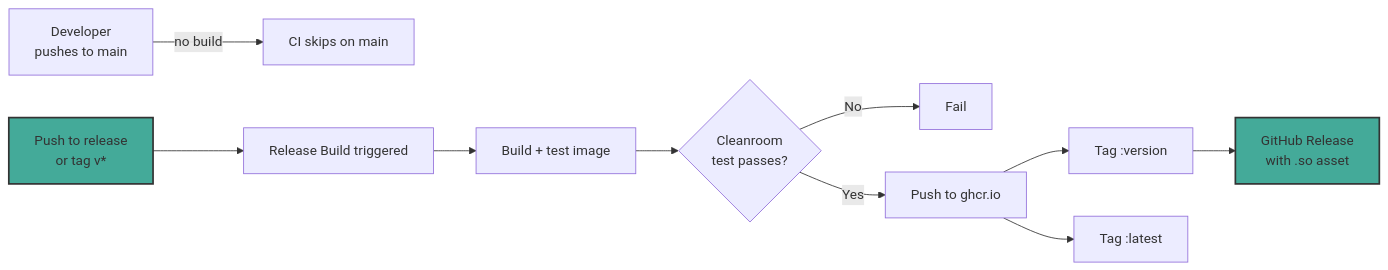
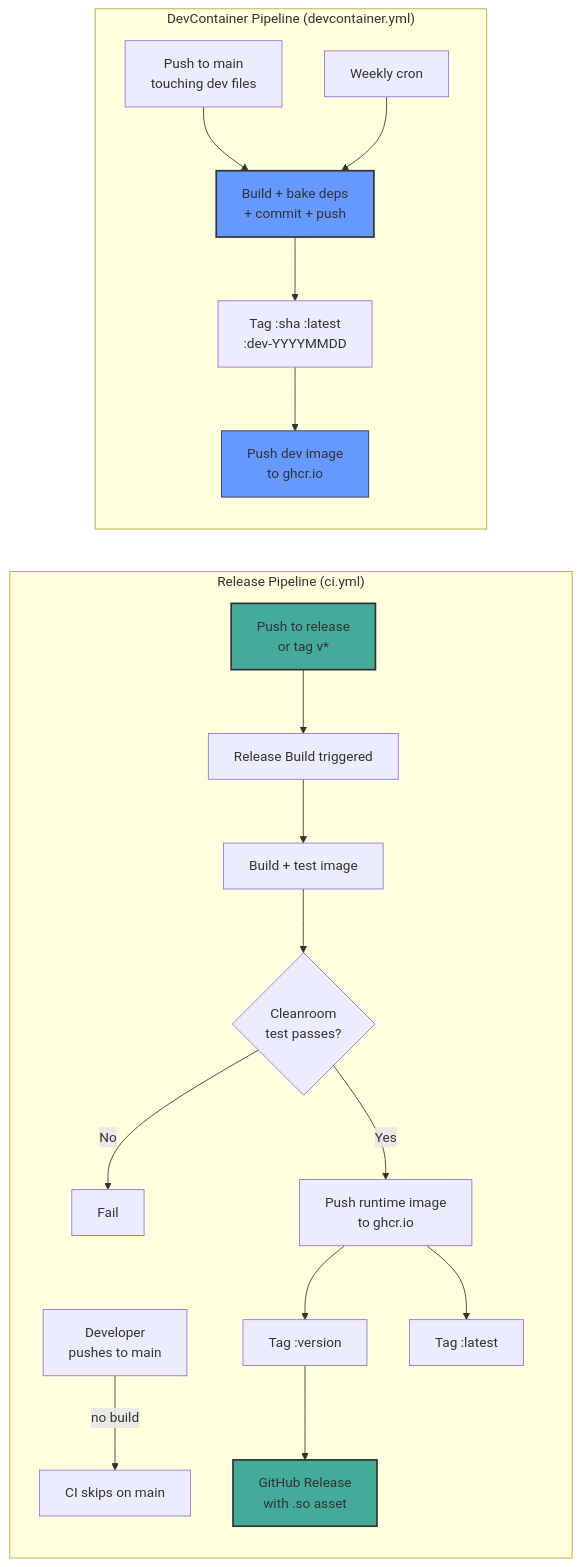
One commit to arekglinka/lambda_cpp26 changed the eighth of 8 diagrams in docs/architecture.md. Above: the diagram before and after it, drawn with Mermaid. The commit also changed other lines of this file and 2 other files, not shown here.

First line of the commit message:
docs: update architecture, developer-guide, learning-path for current state

````diff
--- a/docs/architecture.md
+++ b/docs/architecture.md
@@ -226,19 +298,32 @@
 ```mermaid
 graph LR
-    DEV[Developer<br/>pushes to main]
-    REL[Push to release<br/>or tag v*]
+    subgraph "Release Pipeline (ci.yml)"
+        DEV1[Developer<br/>pushes to main]
+        REL[Push to release<br/>or tag v*]
+        
+        DEV1 -->|no build| SKIP[CI skips on main]
+        REL --> TRIGGER[Release Build triggered]
+        TRIGGER --> BUILD[Build + test image]
+        BUILD --> CHECK{Cleanroom<br/>test passes?}
+        CHECK -->|No| FAIL[Fail]
+        CHECK -->|Yes| PUSH[Push runtime image<br/>to ghcr.io]
+        PUSH --> TAG_VER[Tag :version]
+        PUSH --> TAG_LATEST[Tag :latest]
+        TAG_VER --> RELEASE[GitHub Release<br/>with .so asset]
+    end
     
-    DEV -->|no build| SKIP[CI skips on main]
-    
-    REL --> TRIGGER[Release Build triggered]
-    TRIGGER --> BUILD[Build + test image]
-    BUILD --> CHECK{Cleanroom<br/>test passes?}
-    CHECK -->|No| FAIL[Fail]
-    CHECK -->|Yes| PUSH[Push to ghcr.io]
-    PUSH --> TAG_VER[Tag :version]
-    PUSH --> TAG_LATEST[Tag :latest]
-    TAG_VER --> RELEASE[GitHub Release<br/>with .so asset]
+    subgraph "DevContainer Pipeline (devcontainer.yml)"
+        DEV2[Push to main<br/>touching dev files]
+        CRON2[Weekly cron]
+        
+        DEV2 --> BUILD2[Build + bake deps<br/>+ commit + push]
+        CRON2 --> BUILD2
+        BUILD2 --> DEVTAGS[Tag :sha :latest<br/>:dev-YYYYMMDD]
+        DEVTAGS --> DEVPUSH[Push dev image<br/>to ghcr.io]
+    end
     
     style REL fill:#4a9,stroke:#333,stroke-width:2px
     style RELEASE fill:#4a9,stroke:#333,stroke-width:2px
+    style BUILD2 fill:#69f,stroke:#333,stroke-width:2px
+    style DEVPUSH fill:#69f,stroke:#333
 ```
````
